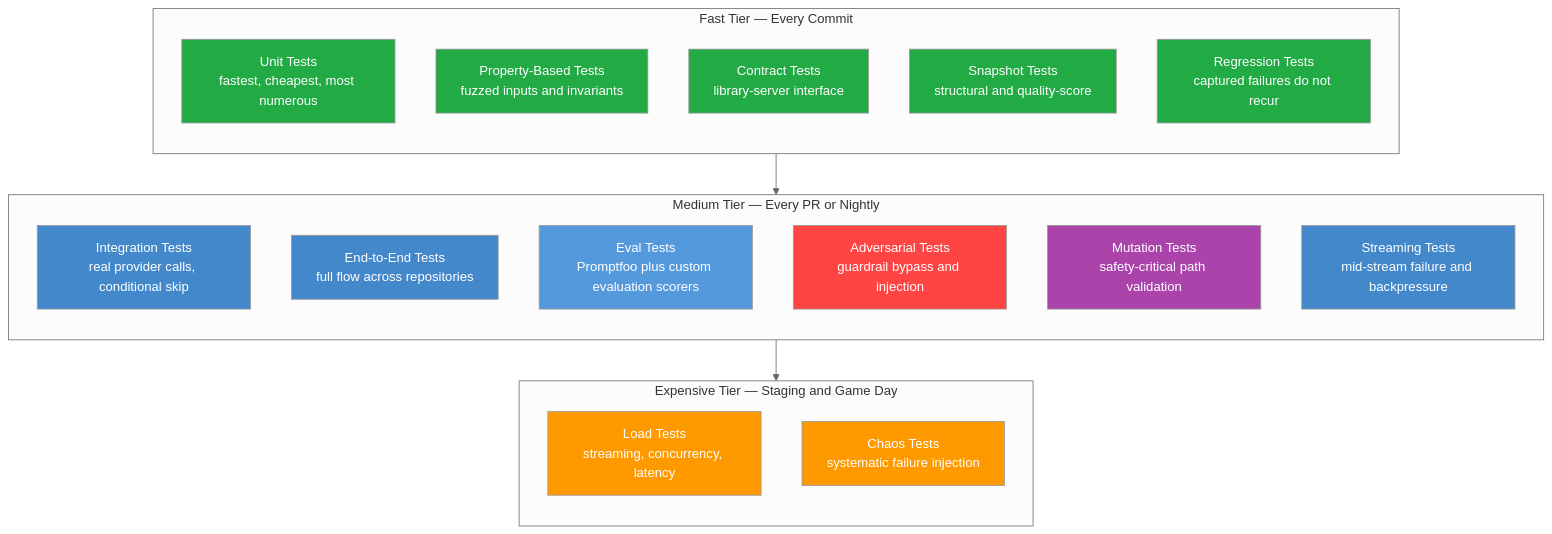
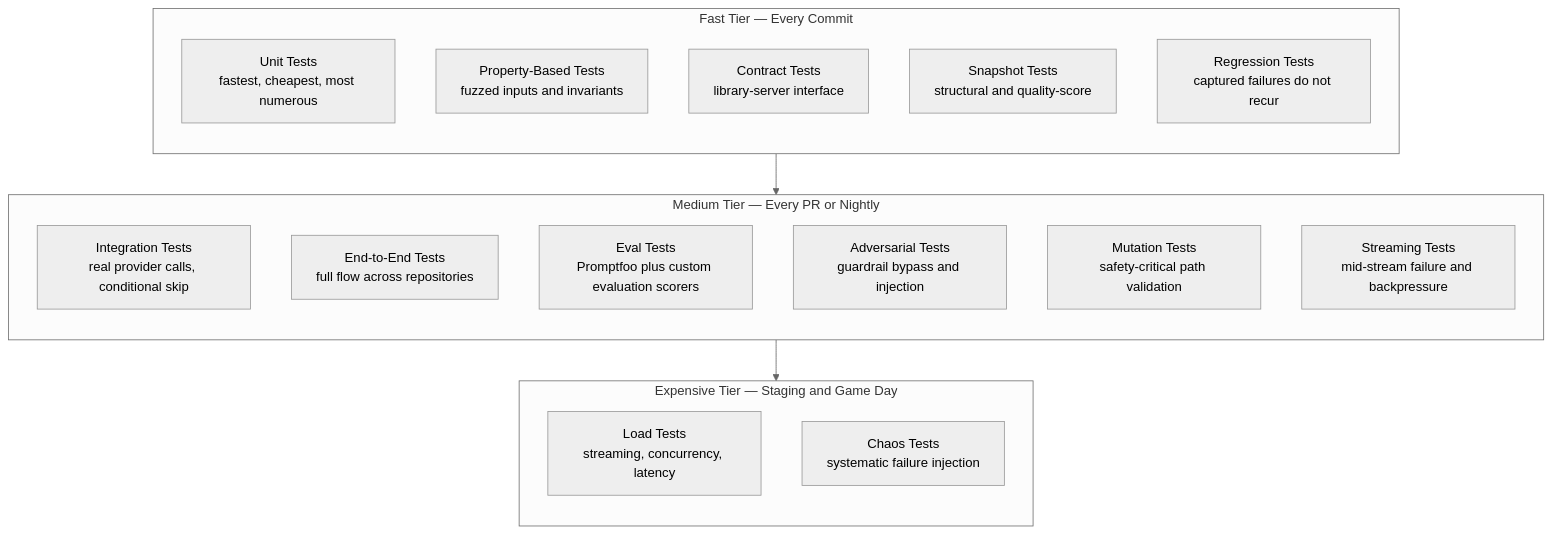
One commit to 1qh/safeagent changed the third of 14 diagrams in plan/testing.md. Above: the diagram before and after it, drawn with Mermaid (neutral theme). The commit also changed other lines of this file and 43 other files, not shown here.

Commit message:
Phase 3 compression: strip non-semantic separators and Mermaid style metadata

````diff
--- a/plan/testing.md
+++ b/plan/testing.md
@@ -101,43 +89,30 @@
 ```mermaid
 graph TB
     subgraph FAST_TIER["Fast Tier — Every Commit"]
         direction TB
         UNIT_TESTS["Unit Tests\nfastest, cheapest, most numerous"]
         PROPERTY_TESTS["Property-Based Tests\nfuzzed inputs and invariants"]
         CONTRACT_TESTS["Contract Tests\nlibrary-server interface"]
         SNAPSHOT_TESTS["Snapshot Tests\nstructural and quality-score"]
         REGRESSION_TESTS["Regression Tests\ncaptured failures do not recur"]
     end
 
     subgraph MEDIUM_TIER["Medium Tier — Every PR or Nightly"]
         direction TB
         INTEGRATION_TESTS["Integration Tests\nreal provider calls, conditional skip"]
         E2E_TESTS["End-to-End Tests\nfull flow across repositories"]
         EVAL_TESTS["Eval Tests\nPromptfoo plus custom evaluation scorers"]
         ADVERSARIAL_TESTS["Adversarial Tests\nguardrail bypass and injection"]
         MUTATION_TESTS["Mutation Tests\nsafety-critical path validation"]
         STREAMING_TESTS["Streaming Tests\nmid-stream failure and backpressure"]
     end
 
     subgraph EXPENSIVE_TIER["Expensive Tier — Staging and Game Day"]
         direction TB
         LOAD_TESTS_LAYER["Load Tests\nstreaming, concurrency, latency"]
         CHAOS_TESTS["Chaos Tests\nsystematic failure injection"]
     end
 
     FAST_TIER --> MEDIUM_TIER --> EXPENSIVE_TIER
 
-    style UNIT_TESTS fill:#22aa44,color:#fff
-    style PROPERTY_TESTS fill:#22aa44,color:#fff
-    style CONTRACT_TESTS fill:#22aa44,color:#fff
-    style SNAPSHOT_TESTS fill:#22aa44,color:#fff
-    style REGRESSION_TESTS fill:#22aa44,color:#fff
-    style INTEGRATION_TESTS fill:#4488cc,color:#fff
-    style E2E_TESTS fill:#4488cc,color:#fff
-    style EVAL_TESTS fill:#5599dd,color:#fff
-    style ADVERSARIAL_TESTS fill:#ff4444,color:#fff
-    style MUTATION_TESTS fill:#aa44aa,color:#fff
-    style STREAMING_TESTS fill:#4488cc,color:#fff
-    style LOAD_TESTS_LAYER fill:#ff9900,color:#fff
-    style CHAOS_TESTS fill:#ff9900,color:#fff
 ```
````
